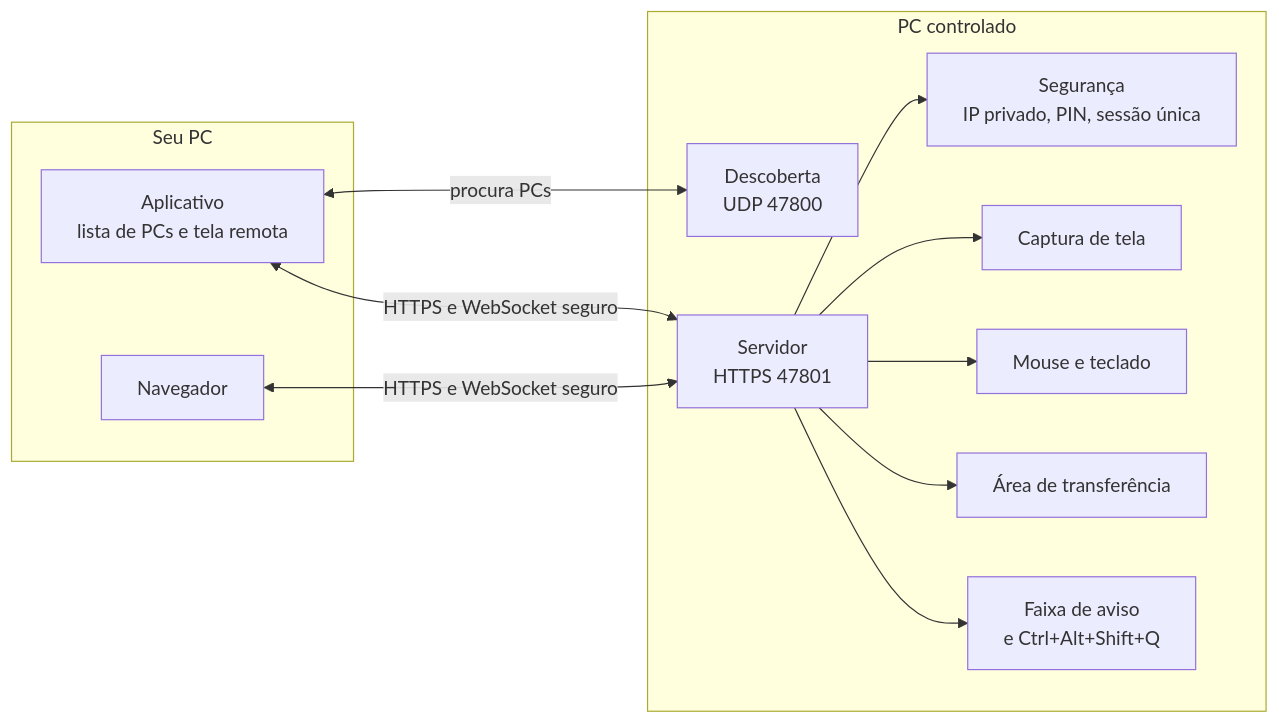
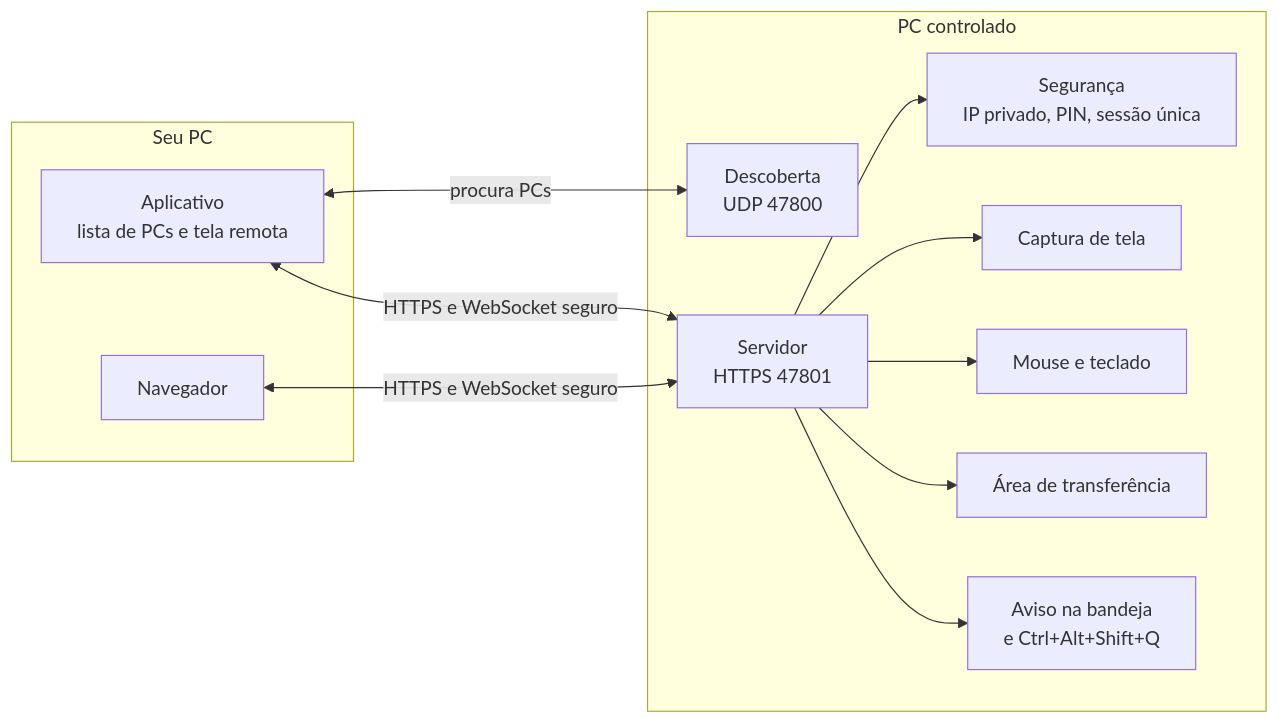
The diagram in README.md (pcblindao/mark-mouse-e-teclado-control), drawn with Mermaid before and after one commit. The commit also changed other lines of this file and 16 other files, not shown here.

````diff
--- a/README.md
+++ b/README.md
@@ -88,24 +88,24 @@
 ```mermaid
 flowchart LR
     subgraph SEU["Seu PC"]
         APP["Aplicativo<br/>lista de PCs e tela remota"]
         NAV["Navegador"]
     end
     subgraph REMOTO["PC controlado"]
         AG["Servidor<br/>HTTPS 47801"]
         SEG["Segurança<br/>IP privado, PIN, sessão única"]
         CAP["Captura de tela"]
         ENT["Mouse e teclado"]
         CLIP["Área de transferência"]
         DESC["Descoberta<br/>UDP 47800"]
-        FAIXA["Faixa de aviso<br/>e Ctrl+Alt+Shift+Q"]
+        FAIXA["Aviso na bandeja<br/>e Ctrl+Alt+Shift+Q"]
         AG --> SEG
         AG --> CAP
         AG --> ENT
         AG --> CLIP
         AG --> FAIXA
     end
     APP <-->|"procura PCs"| DESC
     APP <-->|"HTTPS e WebSocket seguro"| AG
     NAV <-->|"HTTPS e WebSocket seguro"| AG
 ```
````
